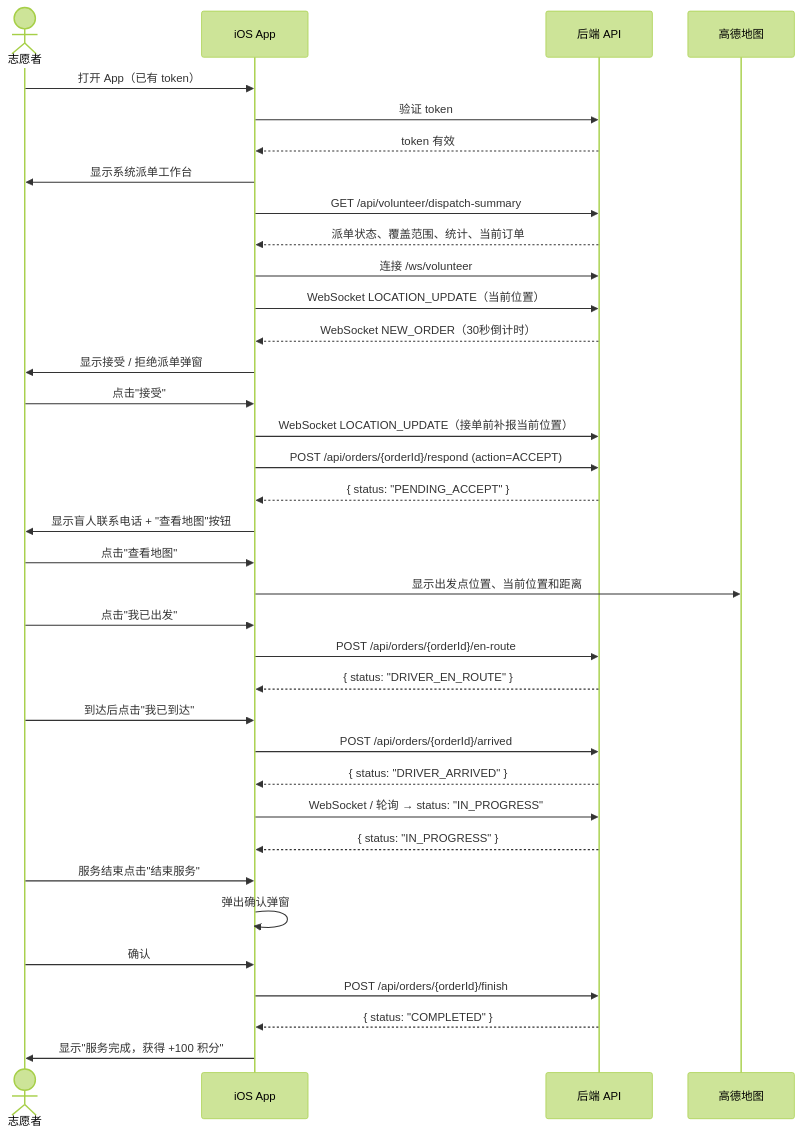
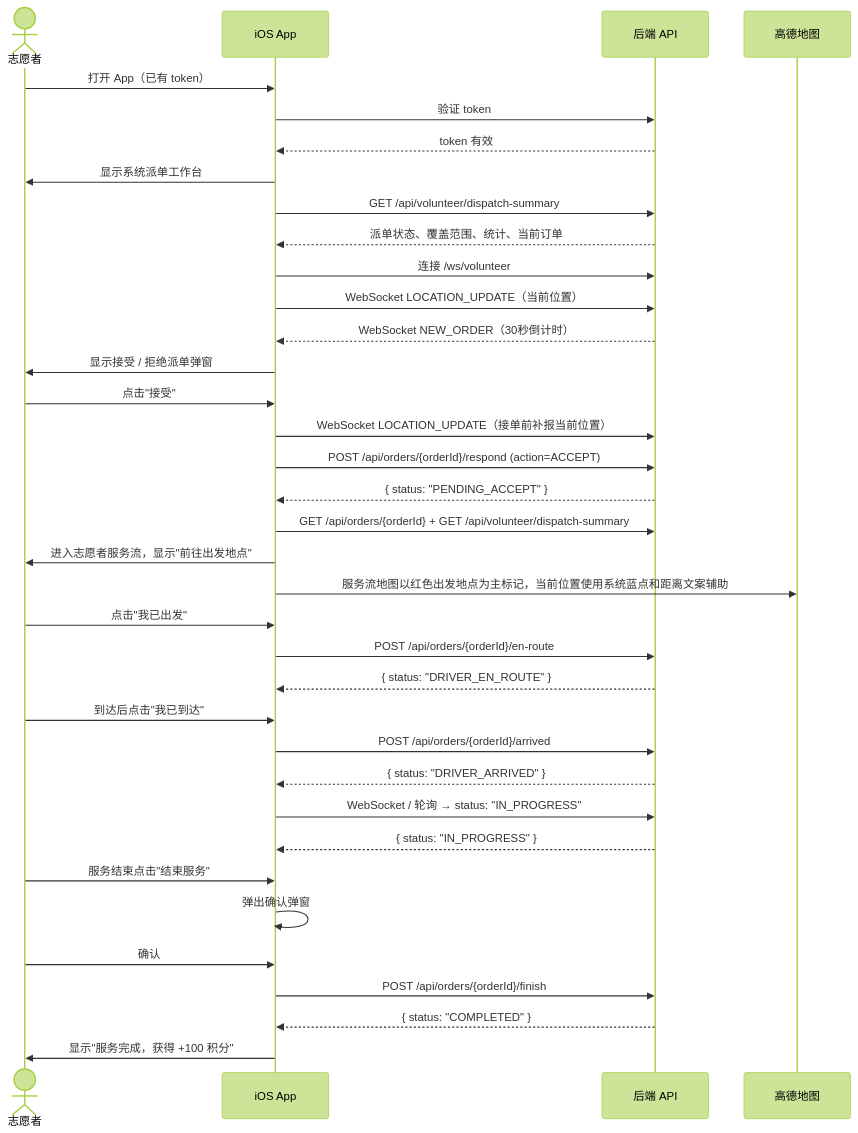
One commit to Jayden23018/blind-run-ios changed the fourth of 7 diagrams in docs/04-user-flows-and-state-machine.md. Above: the diagram before and after it, drawn with Mermaid (forest theme). The commit also changed other lines of this file and 33 other files, not shown here.

Commit message:
Refactor iOS flows for cloud backend integration

````diff
--- a/docs/04-user-flows-and-state-machine.md
+++ b/docs/04-user-flows-and-state-machine.md
@@ -185,45 +186,44 @@
 ```mermaid
 sequenceDiagram
     actor VOL as 志愿者
     participant App as iOS App
     participant API as 后端 API
     participant AMap as 高德地图
 
     VOL->>App: 打开 App（已有 token）
     App->>API: 验证 token
     API-->>App: token 有效
     App->>VOL: 显示系统派单工作台
     App->>API: GET /api/volunteer/dispatch-summary
     API-->>App: 派单状态、覆盖范围、统计、当前订单
     App->>API: 连接 /ws/volunteer
     App->>API: WebSocket LOCATION_UPDATE（当前位置）
     API-->>App: WebSocket NEW_ORDER（30秒倒计时）
     App->>VOL: 显示接受 / 拒绝派单弹窗
 
     VOL->>App: 点击"接受"
     App->>API: WebSocket LOCATION_UPDATE（接单前补报当前位置）
     App->>API: POST /api/orders/{orderId}/respond (action=ACCEPT)
     API-->>App: { status: "PENDING_ACCEPT" }
-    App->>VOL: 显示盲人联系电话 + "查看地图"按钮
-
-    VOL->>App: 点击"查看地图"
-    App->>AMap: 显示出发点位置、当前位置和距离
+    App->>API: GET /api/orders/{orderId} + GET /api/volunteer/dispatch-summary
+    App->>VOL: 进入志愿者服务流，显示"前往出发地点"
+    App->>AMap: 服务流地图以红色出发地点为主标记，当前位置使用系统蓝点和距离文案辅助
 
     VOL->>App: 点击"我已出发"
     App->>API: POST /api/orders/{orderId}/en-route
     API-->>App: { status: "DRIVER_EN_ROUTE" }
 
     VOL->>App: 到达后点击"我已到达"
     App->>API: POST /api/orders/{orderId}/arrived
     API-->>App: { status: "DRIVER_ARRIVED" }
 
     App->>API: WebSocket / 轮询 → status: "IN_PROGRESS"
     API-->>App: { status: "IN_PROGRESS" }
 
     VOL->>App: 服务结束点击"结束服务"
     App->>App: 弹出确认弹窗
     VOL->>App: 确认
     App->>API: POST /api/orders/{orderId}/finish
     API-->>App: { status: "COMPLETED" }
     App->>VOL: 显示"服务完成，获得 +100 积分"
 ```
````
